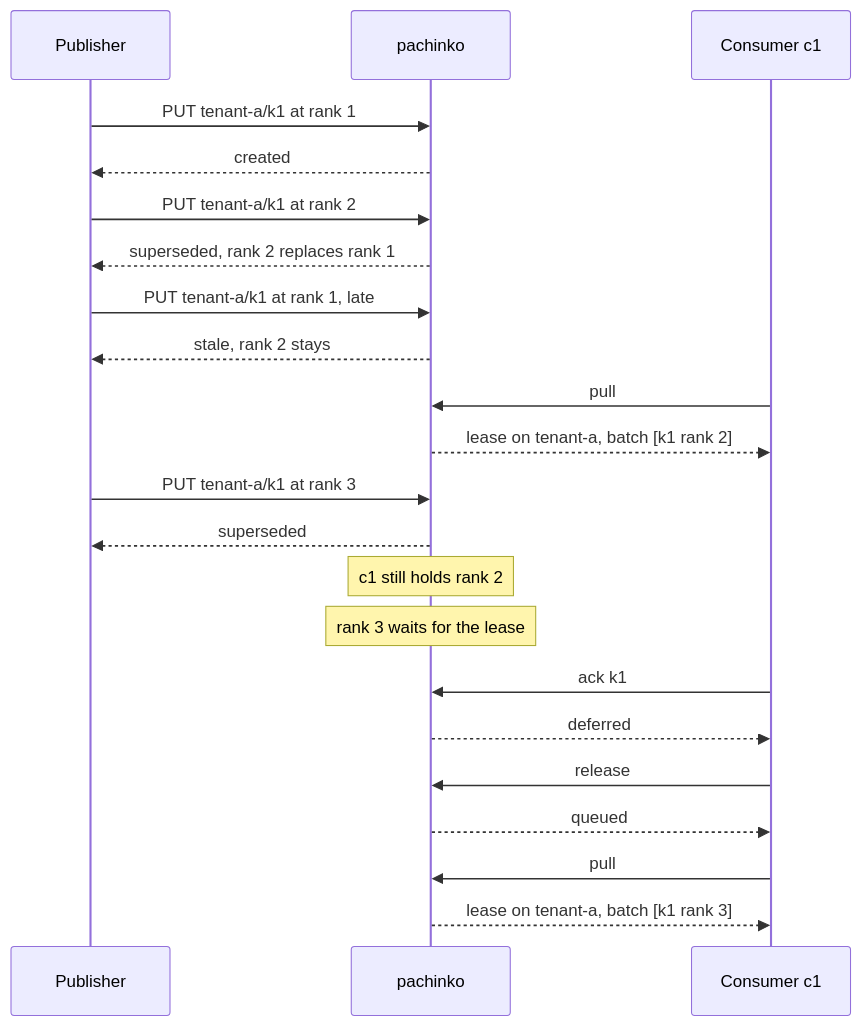
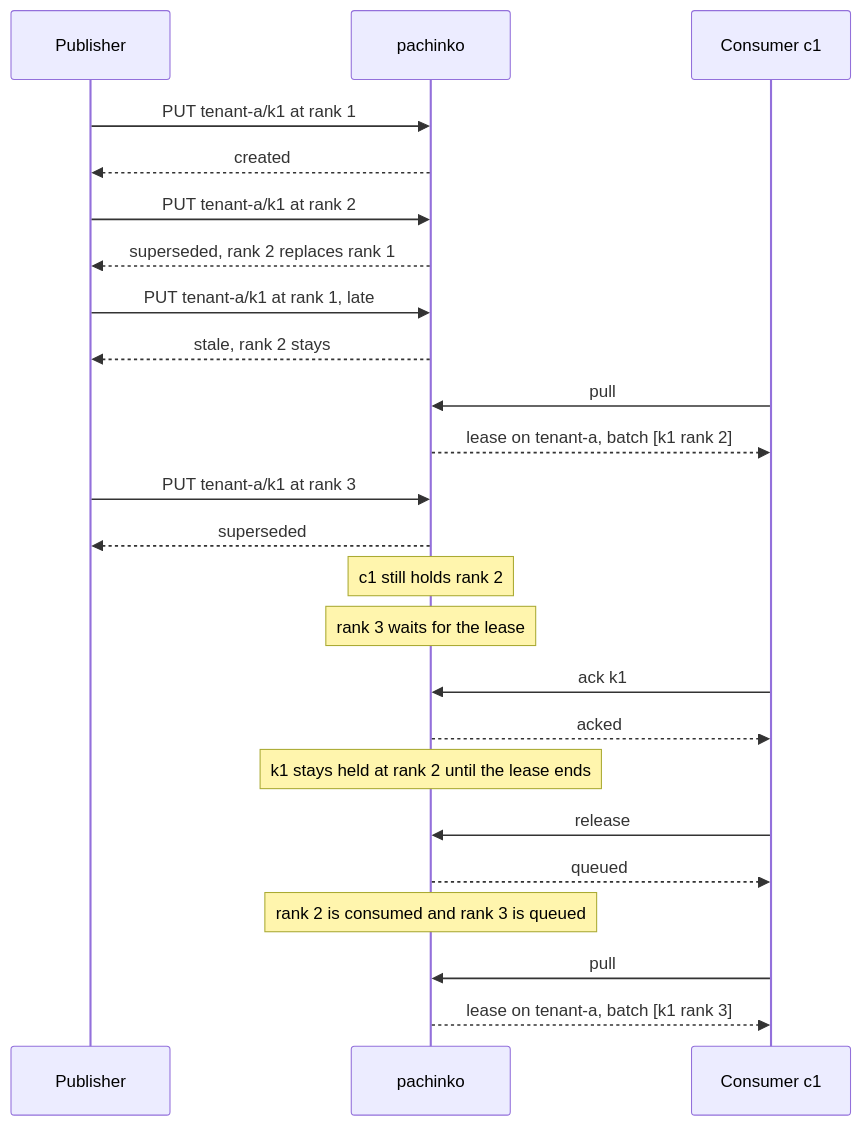
One commit to BiscuitBin/pachinko changed the fourth of 4 diagrams in README.md. Above: the diagram before and after it, drawn with Mermaid. The commit also changed other lines of this file and 16 other files, not shown here.

````diff
--- a/README.md
+++ b/README.md
@@ -82,24 +82,26 @@
 ```mermaid
 sequenceDiagram
     participant P as Publisher
     participant Q as pachinko
     participant C1 as Consumer c1
     P->>Q: PUT tenant-a/k1 at rank 1
     Q-->>P: created
     P->>Q: PUT tenant-a/k1 at rank 2
     Q-->>P: superseded, rank 2 replaces rank 1
     P->>Q: PUT tenant-a/k1 at rank 1, late
     Q-->>P: stale, rank 2 stays
     C1->>Q: pull
     Q-->>C1: lease on tenant-a, batch [k1 rank 2]
     P->>Q: PUT tenant-a/k1 at rank 3
     Q-->>P: superseded
     Note over Q: c1 still holds rank 2
     Note over Q: rank 3 waits for the lease
     C1->>Q: ack k1
-    Q-->>C1: deferred
+    Q-->>C1: acked
+    Note over Q: k1 stays held at rank 2 until the lease ends
     C1->>Q: release
     Q-->>C1: queued
+    Note over Q: rank 2 is consumed and rank 3 is queued
     C1->>Q: pull
     Q-->>C1: lease on tenant-a, batch [k1 rank 3]
 ```
````
